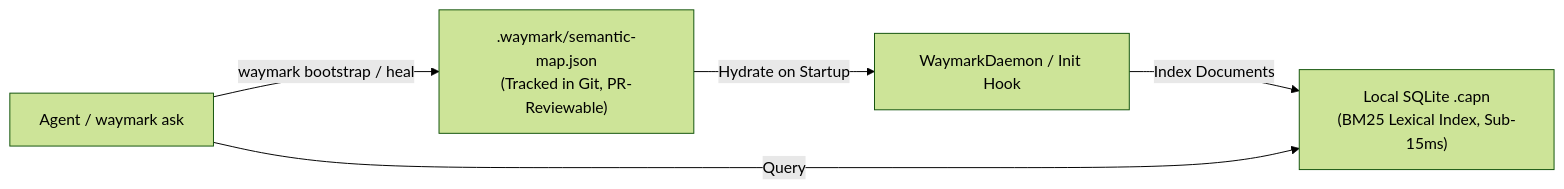
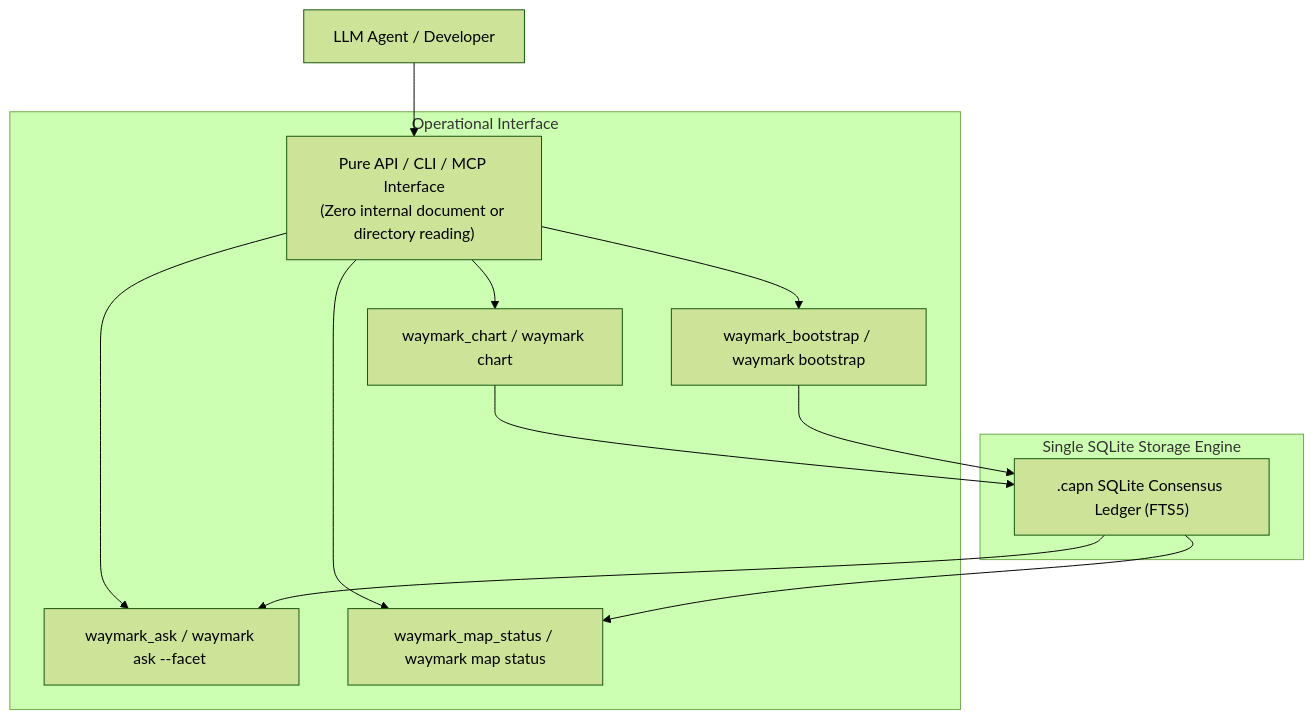
Before and after one commit to paragon-ux/waymark-engine: the diagram in spec/semantic-repo-map.md, drawn with Mermaid (forest theme). The commit also changed other lines of this file, not shown here.

Commit message:
docs(spec): align Semantic Repo Map with direct SQLite consensus ledger parity

````diff
--- a/spec/semantic-repo-map.md
+++ b/spec/semantic-repo-map.md
@@ -93,12 +97,18 @@
 ```mermaid
-flowchart LR
-    Git[".waymark/semantic-map.json<br>(Tracked in Git, PR-Reviewable)"]
-    Daemon["WaymarkDaemon / Init Hook"]
-    FTS["Local SQLite .capn<br>(BM25 Lexical Index, Sub-15ms)"]
-    Agent["Agent / waymark ask"]
-
-    Git -->|Hydrate on Startup| Daemon
-    Daemon -->|Index Documents| FTS
-    Agent -->|Query| FTS
-    Agent -->|waymark bootstrap / heal| Git
+flowchart TD
+    Agent["LLM Agent / Developer"] --> Interface["Pure API / CLI / MCP Interface<br>(Zero internal document or directory reading)"]
+    
+    subgraph Operational Interface
+        Interface --> ToolAsk["waymark_ask / waymark ask --facet <f>"]
+        Interface --> ToolChart["waymark_chart / waymark chart"]
+        Interface --> ToolBootstrap["waymark_bootstrap / waymark bootstrap"]
+        Interface --> ToolStatus["waymark_map_status / waymark map status"]
+    end
+    
+    subgraph Single SQLite Storage Engine
+        ToolChart --> SQLite[".capn SQLite Consensus Ledger (FTS5)"]
+        ToolBootstrap --> SQLite
+        SQLite --> ToolAsk
+        SQLite --> ToolStatus
+    end
 ```
````
